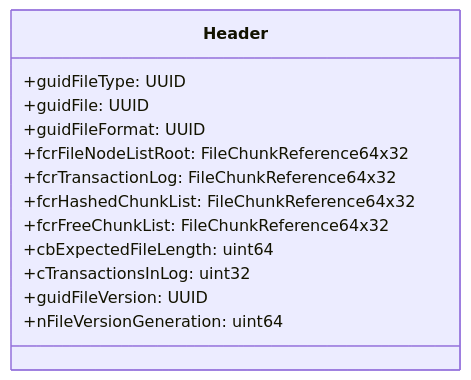
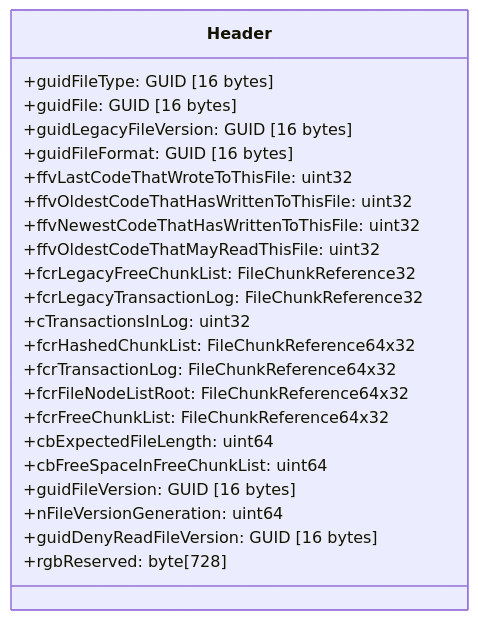
One commit to kijeong/pyOneNote changed the second of 15 diagrams in docs/OneNote_File_Format_Structure.md. Above: the diagram before and after it, drawn with Mermaid. The commit also changed other lines of this file, not shown here.

Commit message:
CHANGE update OneNote_File_Format_Structure.md to enhance documentation with new sections on Object Space Hierarchy, Revision System, and Transaction Log, and improve existing content for clarity and accuracy

````diff
--- a/docs/OneNote_File_Format_Structure.md
+++ b/docs/OneNote_File_Format_Structure.md
@@ -53,16 +57,26 @@
 ```mermaid
 classDiagram
     class Header {
-        +guidFileType: UUID
-        +guidFile: UUID
-        +guidFileFormat: UUID
+        +guidFileType: GUID [16 bytes]
+        +guidFile: GUID [16 bytes]
+        +guidLegacyFileVersion: GUID [16 bytes]
+        +guidFileFormat: GUID [16 bytes]
+        +ffvLastCodeThatWroteToThisFile: uint32
+        +ffvOldestCodeThatHasWrittenToThisFile: uint32
+        +ffvNewestCodeThatHasWrittenToThisFile: uint32
+        +ffvOldestCodeThatMayReadThisFile: uint32
+        +fcrLegacyFreeChunkList: FileChunkReference32
+        +fcrLegacyTransactionLog: FileChunkReference32
+        +cTransactionsInLog: uint32
+        +fcrHashedChunkList: FileChunkReference64x32
+        +fcrTransactionLog: FileChunkReference64x32
         +fcrFileNodeListRoot: FileChunkReference64x32
-        +fcrTransactionLog: FileChunkReference64x32
-        +fcrHashedChunkList: FileChunkReference64x32
         +fcrFreeChunkList: FileChunkReference64x32
         +cbExpectedFileLength: uint64
-        +cTransactionsInLog: uint32
-        +guidFileVersion: UUID
+        +cbFreeSpaceInFreeChunkList: uint64
+        +guidFileVersion: GUID [16 bytes]
         +nFileVersionGeneration: uint64
+        +guidDenyReadFileVersion: GUID [16 bytes]
+        +rgbReserved: byte[728]
     }
 ```
````
